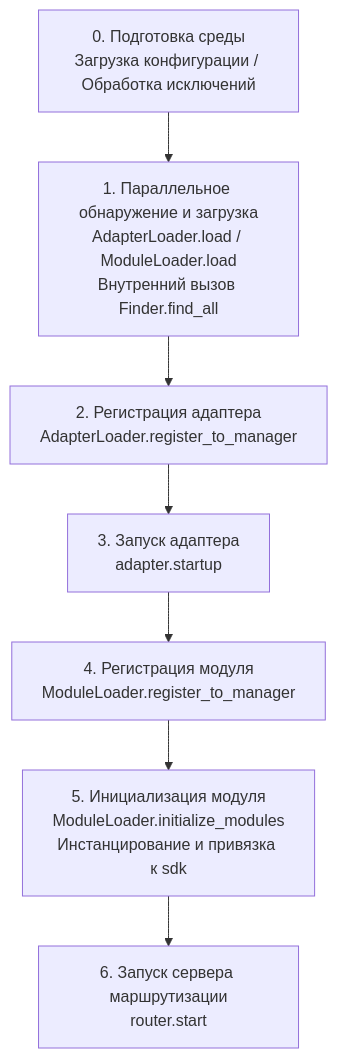
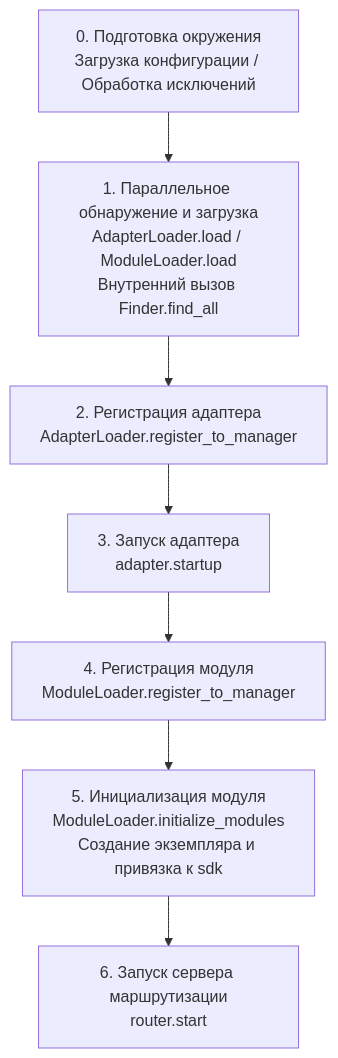
Before and after one commit to ErisPulse/ErisPulse: the diagram in docs/ru/advanced/startup.md, drawn with Mermaid. The commit also changed other lines of this file and 215 other files, not shown here.

````diff
--- a/docs/ru/advanced/startup.md
+++ b/docs/ru/advanced/startup.md
@@ -27,10 +27,10 @@
 ```mermaid
 flowchart TD
-    A[0. Подготовка среды<br/>Загрузка конфигурации / Обработка исключений] --> B
+    A[0. Подготовка окружения<br/>Загрузка конфигурации / Обработка исключений] --> B
     B[1. Параллельное обнаружение и загрузка<br/>AdapterLoader.load / ModuleLoader.load<br/>Внутренний вызов Finder.find_all] --> C
     C[2. Регистрация адаптера<br/>AdapterLoader.register_to_manager] --> D
     D[3. Запуск адаптера<br/>adapter.startup] --> E
     E[4. Регистрация модуля<br/>ModuleLoader.register_to_manager] --> F
-    F[5. Инициализация модуля<br/>ModuleLoader.initialize_modules<br/>Инстанцирование и привязка к sdk] --> G
+    F[5. Инициализация модуля<br/>ModuleLoader.initialize_modules<br/>Создание экземпляра и привязка к sdk] --> G
     G[6. Запуск сервера маршрутизации<br/>router.start]
 ```
````
